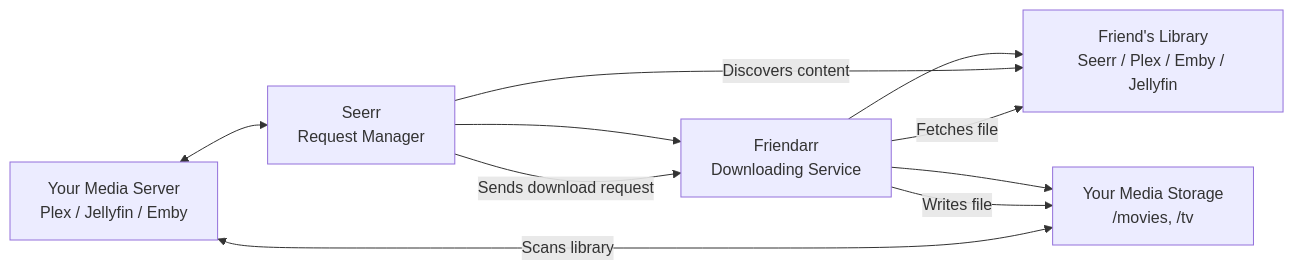
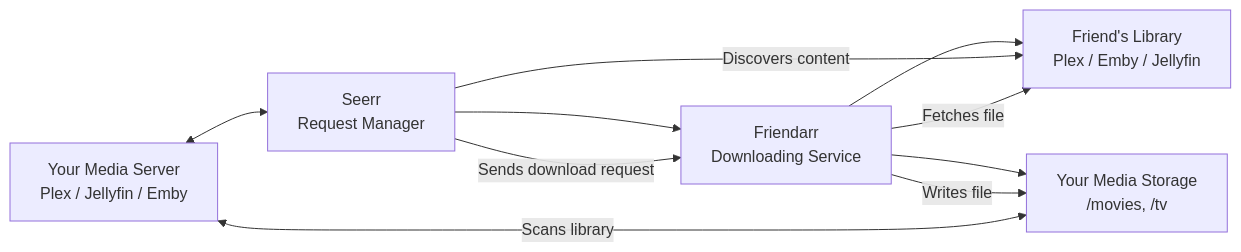
Before and after one commit to chaosloth/friendarr: the first of 2 diagrams in README.md, drawn with Mermaid. The commit also changed other lines of this file and 16 other files, not shown here.

````diff
--- a/README.md
+++ b/README.md
@@ -17,12 +31,12 @@
 ```mermaid
 graph LR
     A[Your Media Server<br/>Plex / Jellyfin / Emby] <--> B[Seerr<br/>Request Manager]
     B --> C[Friendarr<br/>Downloading Service]
-    C --> D[Friend's Library<br/>Seerr / Plex / Emby / Jellyfin]
+    C --> D[Friend's Library<br/>Plex / Emby / Jellyfin]
     C --> E[Your Media Storage<br/>/movies, /tv]
     B -->|Discovers content| D
     B -->|Sends download request| C
     C -->|Fetches file| D
     C -->|Writes file| E
     A <-->|Scans library| E
 ```
````
